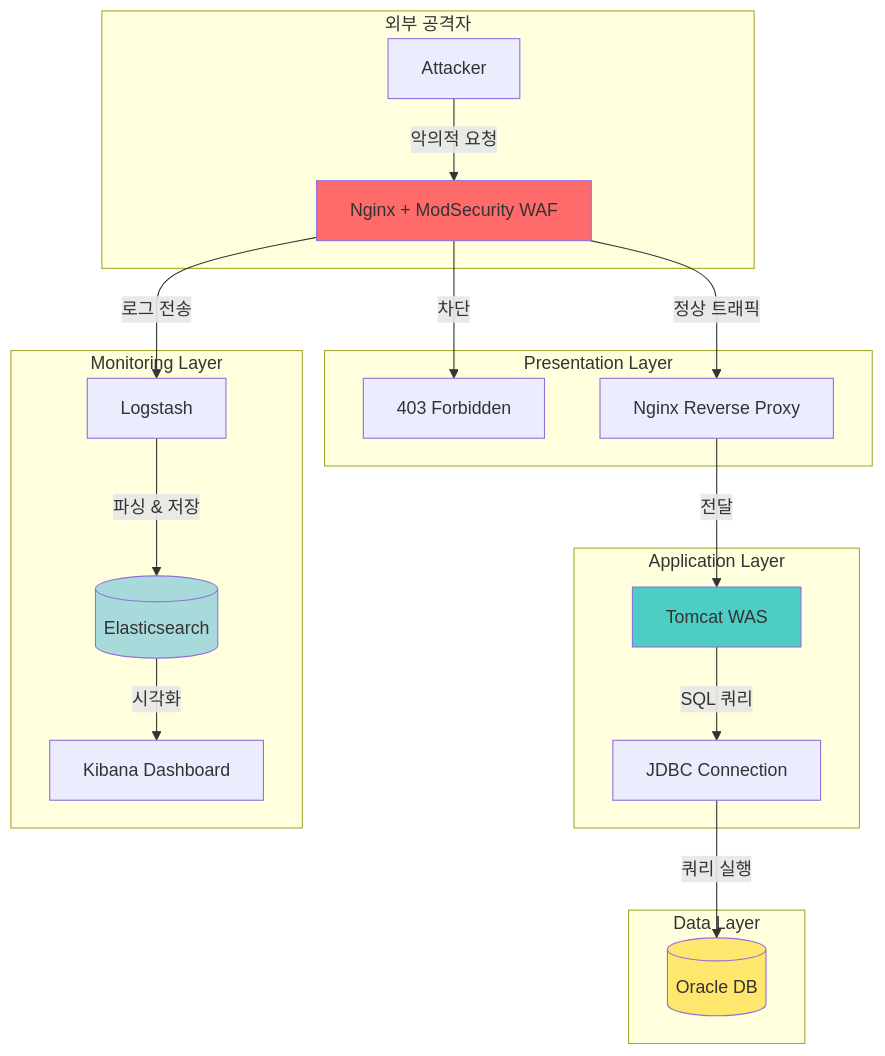
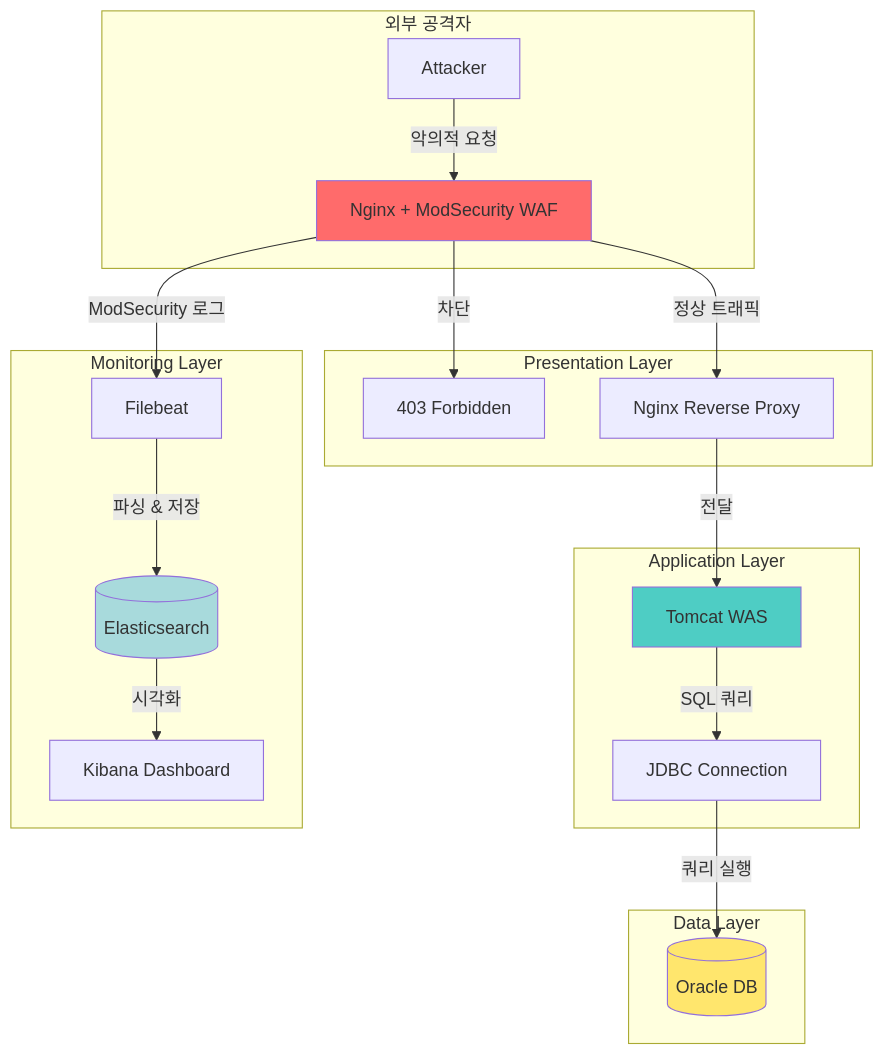
One commit to Woori-Fisa-1st-Tech-Seminar-Team/.github changed the diagram in profile/README.md. Above: the diagram before and after it, drawn with Mermaid. The commit also changed other lines of this file, not shown here.

````diff
--- a/profile/README.md
+++ b/profile/README.md
@@ -90,31 +95,31 @@
 ```mermaid
 graph TB
     subgraph "외부 공격자"
         A[Attacker] -->|악의적 요청| B[Nginx + ModSecurity WAF]
     end
     
     subgraph "Presentation Layer"
         B -->|차단| C[403 Forbidden]
         B -->|정상 트래픽| D[Nginx Reverse Proxy]
     end
     
     subgraph "Application Layer"
         D -->|전달| E[Tomcat WAS]
         E -->|SQL 쿼리| F[JDBC Connection]
     end
     
     subgraph "Data Layer"
         F -->|쿼리 실행| G[(Oracle DB)]
     end
     
     subgraph "Monitoring Layer"
-        B -->|로그 전송| H[Logstash]
+        B -->|ModSecurity 로그| H[Filebeat]
         H -->|파싱 & 저장| I[(Elasticsearch)]
         I -->|시각화| J[Kibana Dashboard]
     end
     
     style B fill:#ff6b6b
     style E fill:#4ecdc4
     style G fill:#ffe66d
     style I fill:#a8dadc
 ```
````
